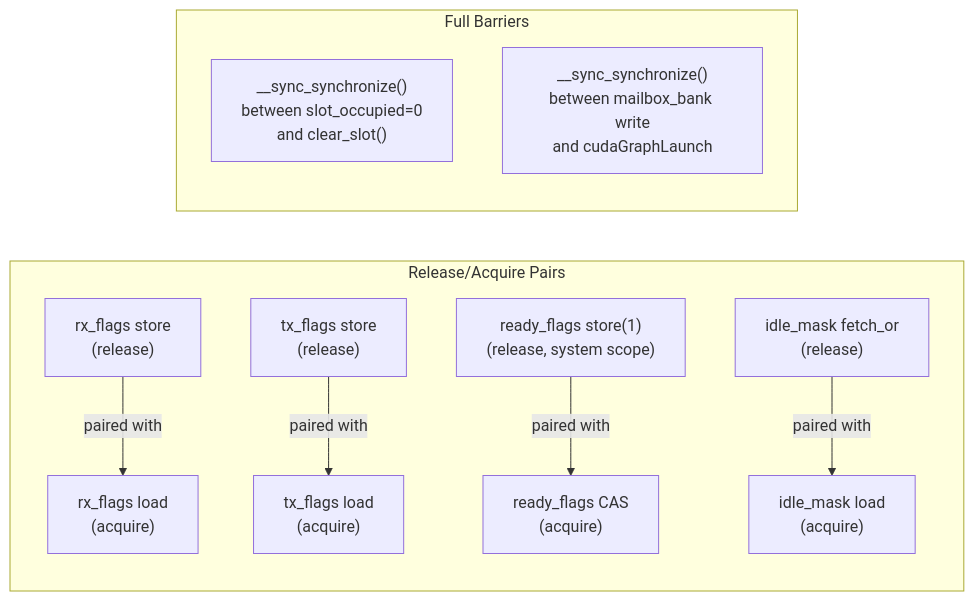
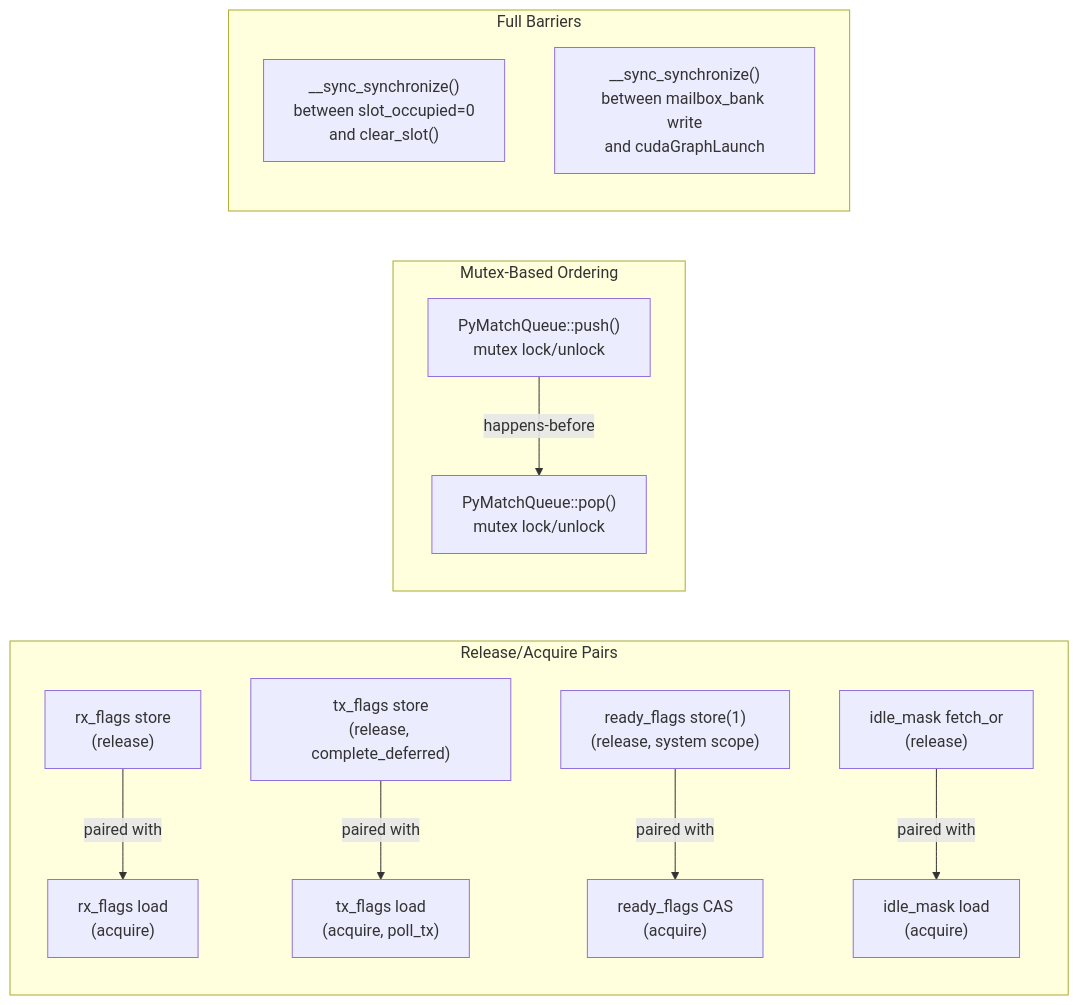
The seventh of 8 diagrams in docs/realtime_pipeline_architecture.md (wsttiger/cudaqx), drawn with Mermaid before and after one commit. The commit also changed other lines of this file and 5 other files, not shown here.

````diff
--- a/docs/realtime_pipeline_architecture.md
+++ b/docs/realtime_pipeline_architecture.md
@@ -340,14 +402,18 @@
 ```mermaid
 flowchart LR
     subgraph "Release/Acquire Pairs"
         A["rx_flags store<br>(release)"] -->|"paired with"| B["rx_flags load<br>(acquire)"]
-        C["tx_flags store<br>(release)"] -->|"paired with"| D["tx_flags load<br>(acquire)"]
+        C["tx_flags store<br>(release, complete_deferred)"] -->|"paired with"| D["tx_flags load<br>(acquire, poll_tx)"]
         E["ready_flags store(1)<br>(release, system scope)"] -->|"paired with"| F["ready_flags CAS<br>(acquire)"]
         G["idle_mask fetch_or<br>(release)"] -->|"paired with"| H["idle_mask load<br>(acquire)"]
     end
 
+    subgraph "Mutex-Based Ordering"
+        I["PyMatchQueue::push()<br>mutex lock/unlock"] -->|"happens-before"| J["PyMatchQueue::pop()<br>mutex lock/unlock"]
+    end
+
     subgraph "Full Barriers"
-        I["__sync_synchronize()<br>between slot_occupied=0<br>and clear_slot()"]
-        J["__sync_synchronize()<br>between mailbox_bank write<br>and cudaGraphLaunch"]
+        K["__sync_synchronize()<br>between slot_occupied=0<br>and clear_slot()"]
+        L["__sync_synchronize()<br>between mailbox_bank write<br>and cudaGraphLaunch"]
     end
 ```
````
